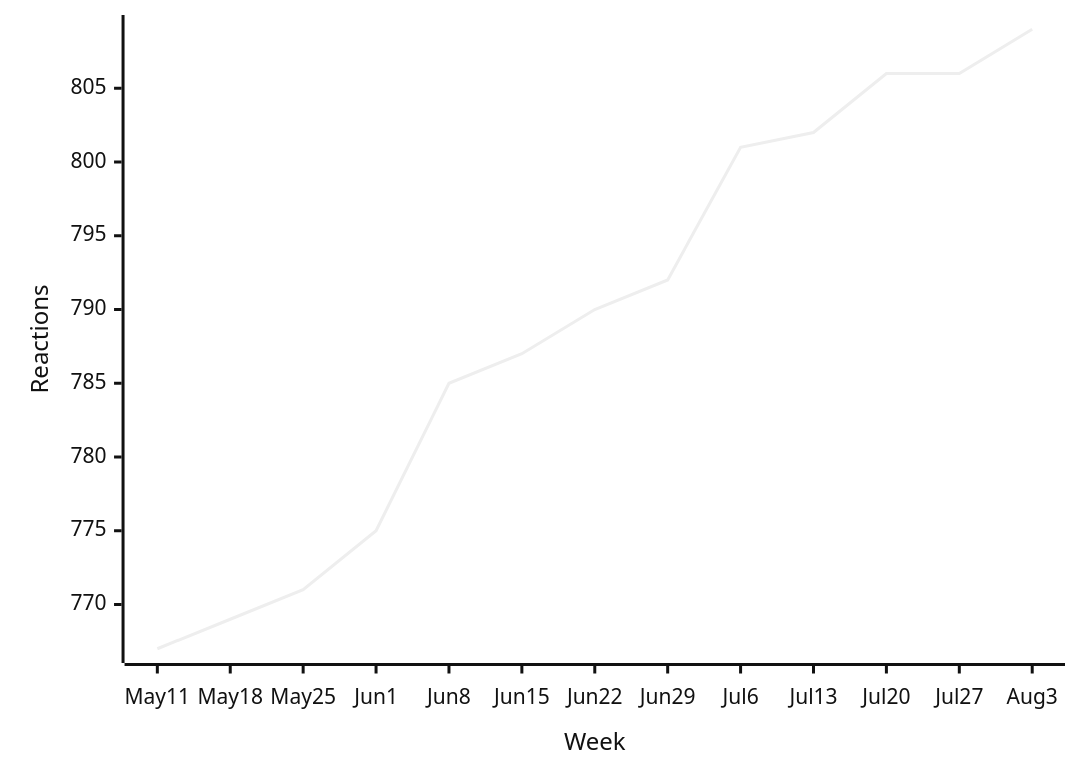
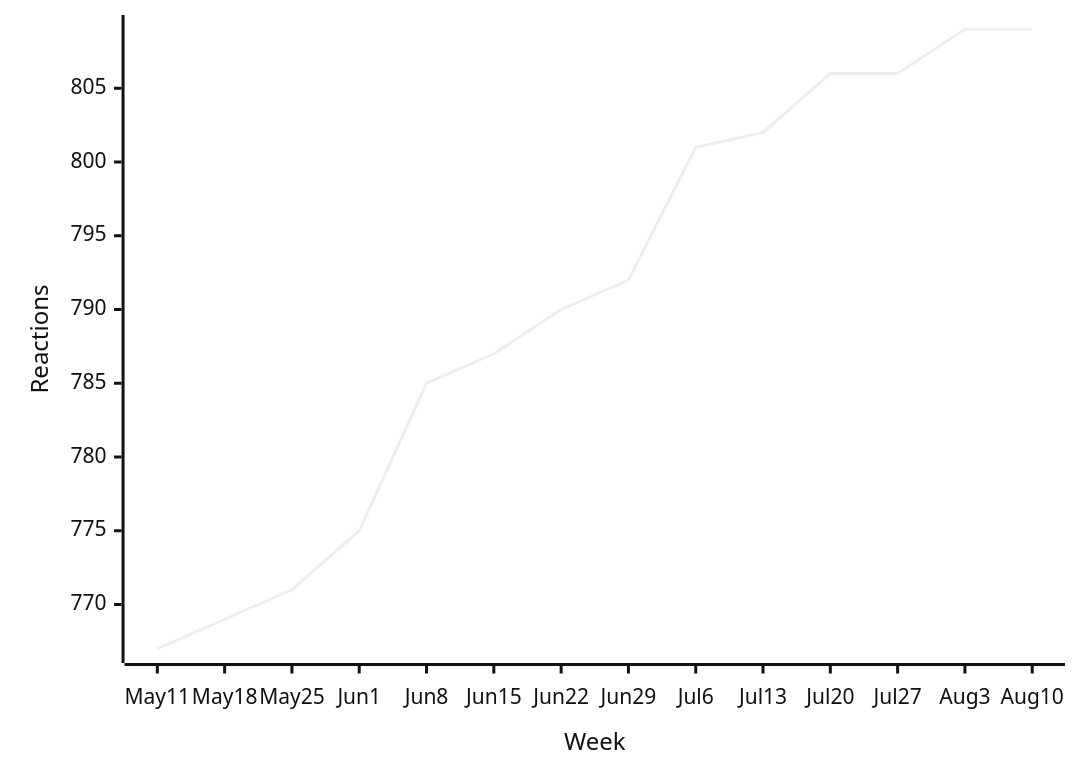
One commit to loic-sharma/github-insights changed the first of 43 diagrams in README.md. Above: the diagram before and after it, drawn with Mermaid (neutral theme). The commit also changed other lines of this file and 3 other files, not shown here.

````diff
--- a/README.md
+++ b/README.md
@@ -339,6 +339,6 @@
   ```mermaid
   xychart-beta
-    x-axis "Week" [May 11, May 18, May 25, Jun 1, Jun 8, Jun 15, Jun 22, Jun 29, Jul 6, Jul 13, Jul 20, Jul 27, Aug 3]
+    x-axis "Week" [May 11, May 18, May 25, Jun 1, Jun 8, Jun 15, Jun 22, Jun 29, Jul 6, Jul 13, Jul 20, Jul 27, Aug 3, Aug 10]
     y-axis "Reactions"
-    line [767, 769, 771, 775, 785, 787, 790, 792, 801, 802, 806, 806, 809]
+    line [767, 769, 771, 775, 785, 787, 790, 792, 801, 802, 806, 806, 809, 809]
   ```
````
